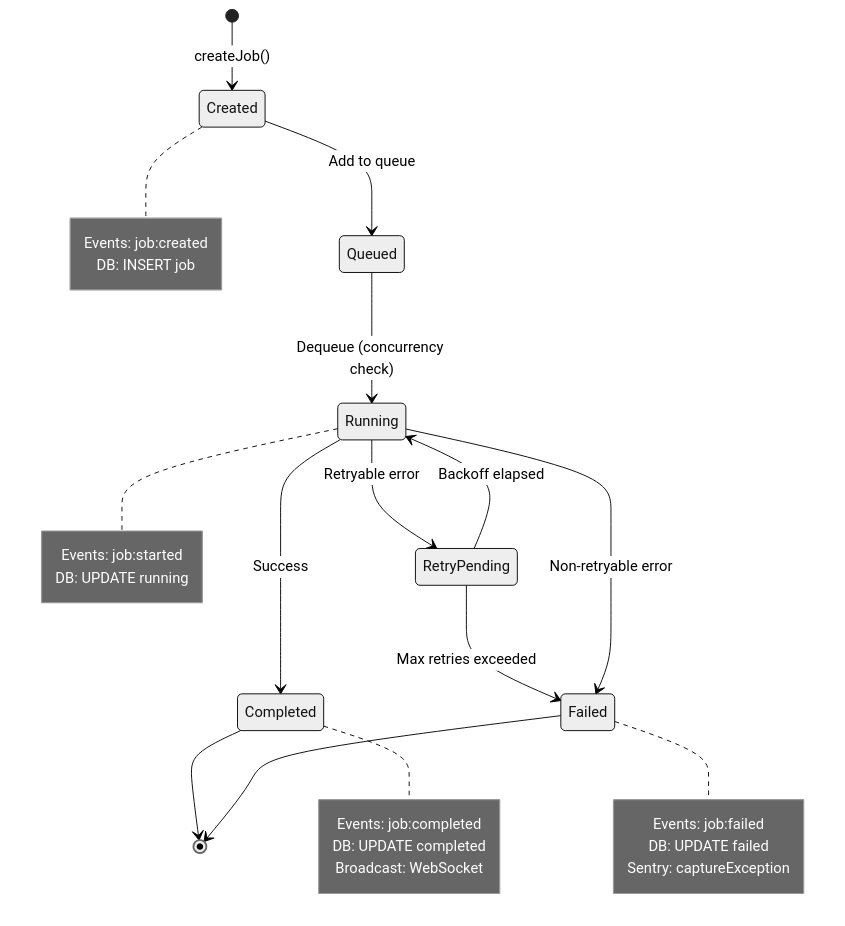
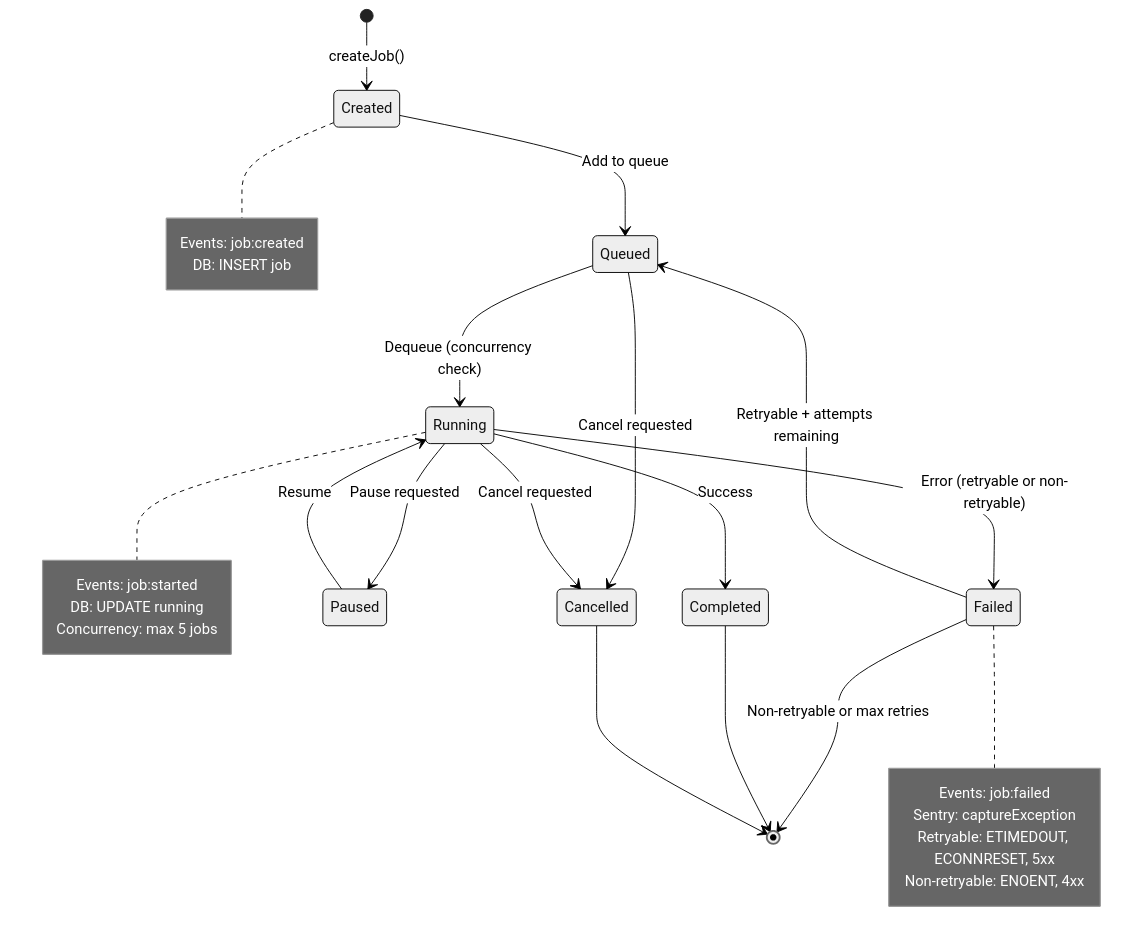
The fifth of 16 diagrams in docs/architecture/SYSTEM-DATA-FLOW.md (integritystudio/AlephAuto), drawn with Mermaid (neutral theme) before and after one commit. The commit also changed other lines of this file and 14 other files, not shown here.

````diff
--- a/docs/architecture/SYSTEM-DATA-FLOW.md
+++ b/docs/architecture/SYSTEM-DATA-FLOW.md
@@ -318,40 +432,40 @@
 ```mermaid
 stateDiagram-v2
     [*] --> Created: createJob()
 
     Created --> Queued: Add to queue
     Queued --> Running: Dequeue (concurrency check)
 
     Running --> Completed: Success
-    Running --> RetryPending: Retryable error
+    Running --> Failed: Error (retryable or non-retryable)
 
-    RetryPending --> Running: Backoff elapsed
-    RetryPending --> Failed: Max retries exceeded
+    Failed --> Queued: Retryable + attempts remaining
+    Failed --> [*]: Non-retryable or max retries
 
-    Running --> Failed: Non-retryable error
+    Queued --> Cancelled: Cancel requested
+    Running --> Cancelled: Cancel requested
+
+    Running --> Paused: Pause requested
+    Paused --> Running: Resume
 
     Completed --> [*]
-    Failed --> [*]
+    Cancelled --> [*]
 
     note right of Created
         Events: job:created
         DB: INSERT job
     end note
 
     note right of Running
         Events: job:started
         DB: UPDATE running
-    end note
-
-    note right of Completed
-        Events: job:completed
-        DB: UPDATE completed
-        Broadcast: WebSocket
+        Concurrency: max 5 jobs
     end note
 
     note right of Failed
         Events: job:failed
-        DB: UPDATE failed
         Sentry: captureException
+        Retryable: ETIMEDOUT, ECONNRESET, 5xx
+        Non-retryable: ENOENT, 4xx
     end note
 ```
````
